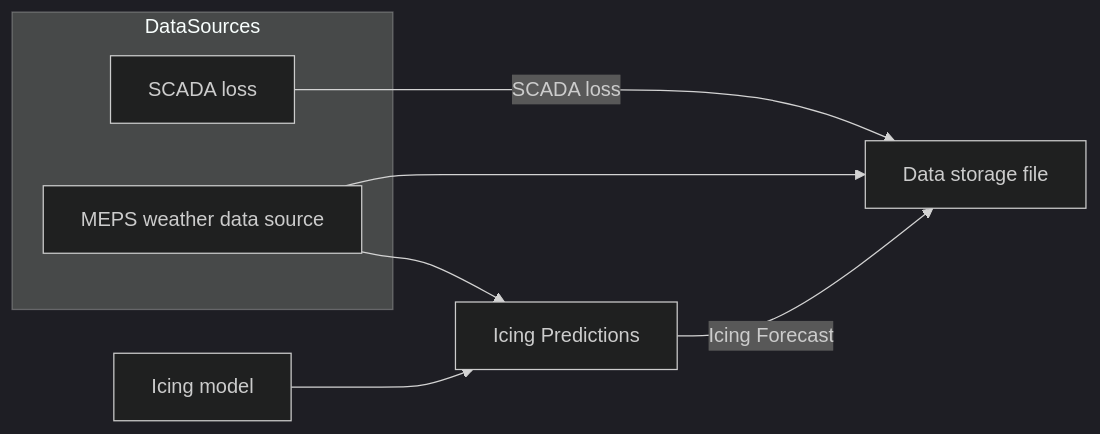
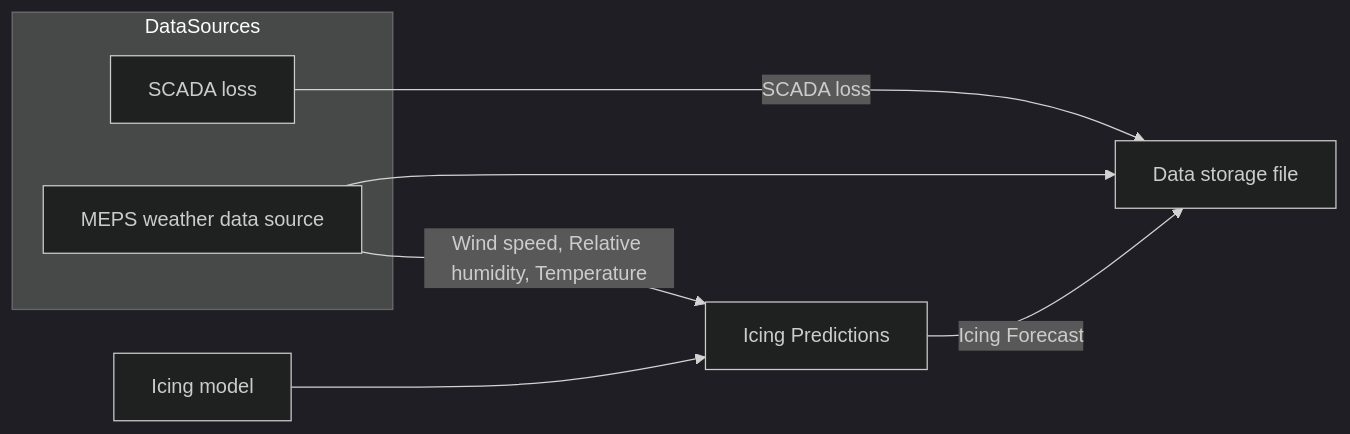
Before and after one commit to markusrupp/icing_flowshart: the diagram in README.md, drawn with Mermaid (dark theme).

````diff
--- a/README.md
+++ b/README.md
@@ -17,13 +17,13 @@
 ```mermaid
 flowchart LR
     subgraph DataSources
         SCADA[SCADA loss]
         MEPS[MEPS weather data source]
     end
 
     SCADA -->|SCADA loss| DSF[Data storage file]
     MEPS --> DSF
-    MEPS --> IP[Icing Predictions]
+    MEPS --> |Wind speed, Relative humidity, Temperature| IP[Icing Predictions]
     IM[Icing model] --> IP
     IP -->|Icing Forecast| DSF
 ```
````
